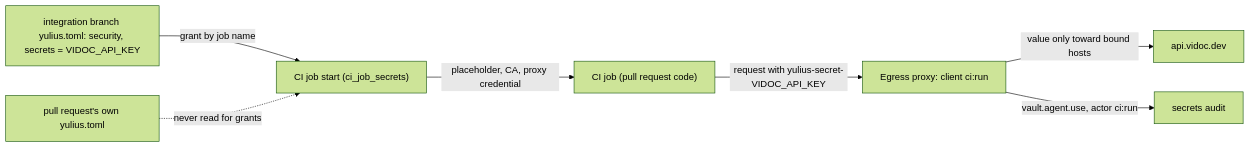
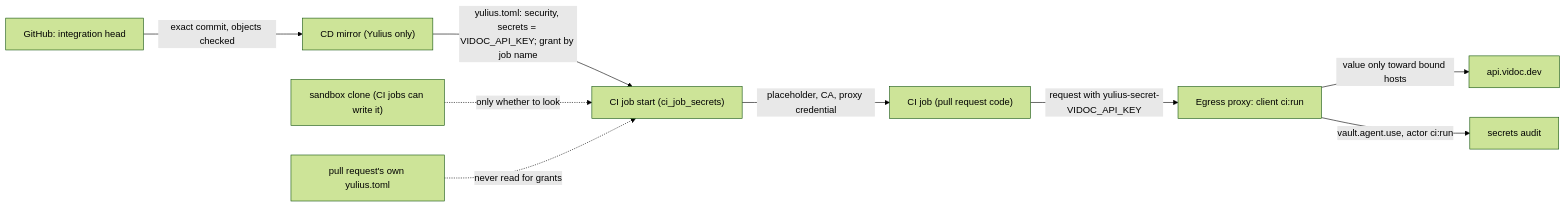
Diagram 15 of 31 in docs/architecture.md (Quartio-Studio/yulius), drawn with Mermaid (forest theme) before and after one commit. The commit also changed other lines of this file and 9 other files, not shown here.

First line of the commit message:
fix(ci): verify a CI job's secret grant where no job can write

````diff
--- a/docs/architecture.md
+++ b/docs/architecture.md
@@ -509,9 +511,11 @@
 ```mermaid
 flowchart LR
-  DEV["integration branch yulius.toml: security, secrets = VIDOC_API_KEY"] -->|"grant by job name"| EXEC["CI job start (ci_job_secrets)"]
+  GH["GitHub: integration head"] -->|"exact commit, objects checked"| MIR["CD mirror (Yulius only)"]
+  MIR -->|"yulius.toml: security, secrets = VIDOC_API_KEY; grant by job name"| EXEC["CI job start (ci_job_secrets)"]
+  CLONE["sandbox clone (CI jobs can write it)"] -.->|"only whether to look"| EXEC
   PR["pull request's own yulius.toml"] -.->|"never read for grants"| EXEC
   EXEC -->|"placeholder, CA, proxy credential"| JOB["CI job (pull request code)"]
   JOB -->|"request with yulius-secret-VIDOC_API_KEY"| X["Egress proxy: client ci:run"]
   X -->|"value only toward bound hosts"| V["api.vidoc.dev"]
   X -->|"vault.agent.use, actor ci:run"| AUD["secrets audit"]
 ```
````
